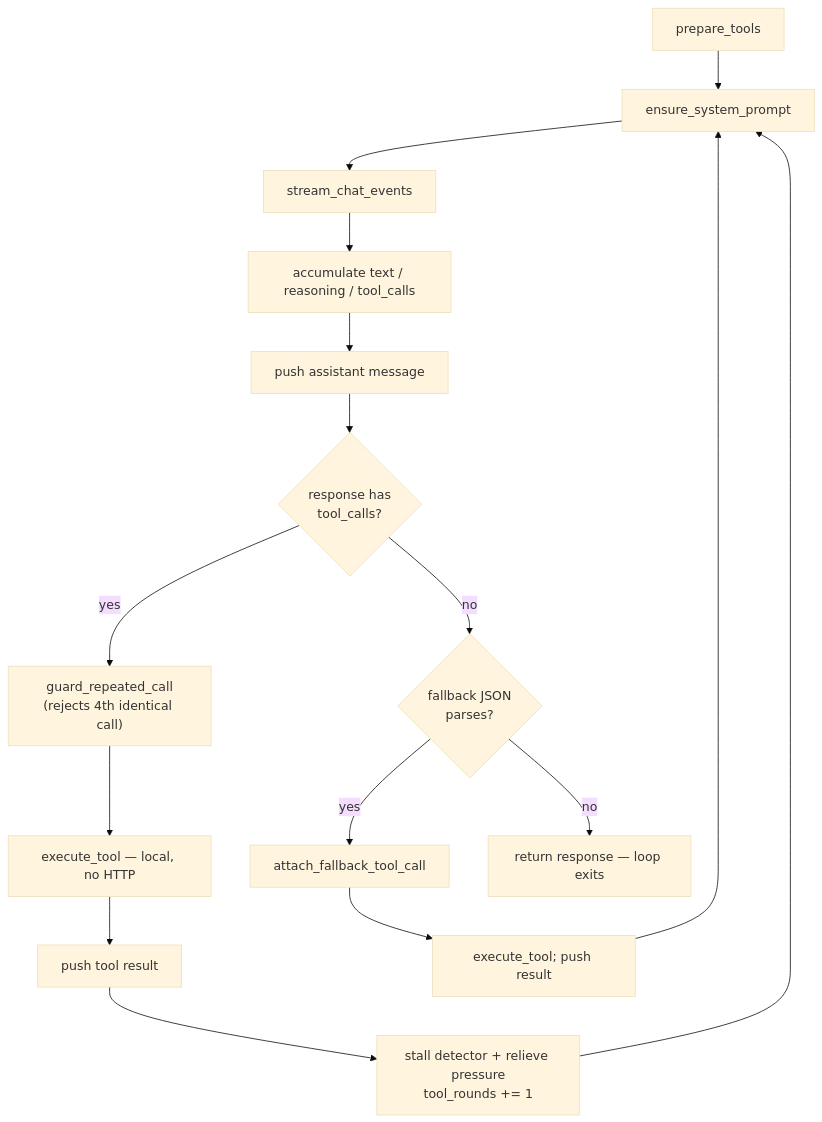
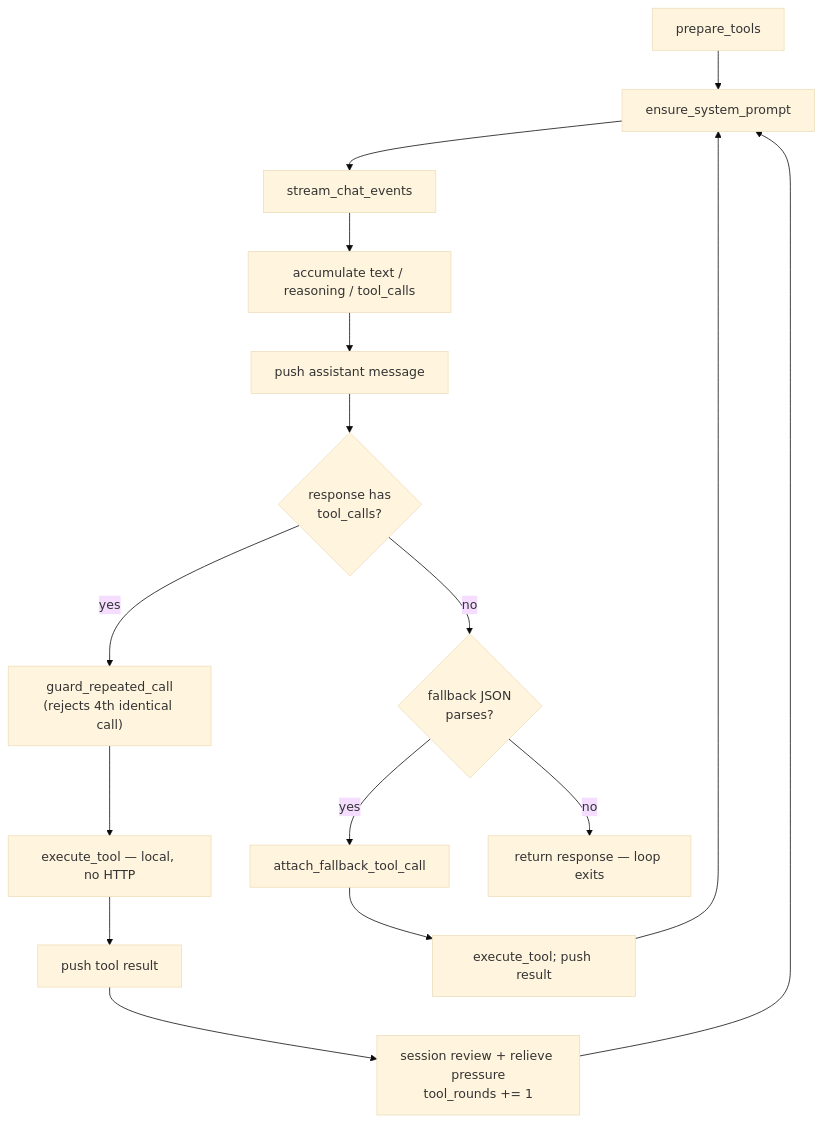
One commit to ming2k/neenee changed the diagram in docs/explanation/request-flow.md. Above: the diagram before and after it, drawn with Mermaid (base theme). The commit also changed other lines of this file and 27 other files, not shown here.

````diff
--- a/docs/explanation/request-flow.md
+++ b/docs/explanation/request-flow.md
@@ -140,18 +140,18 @@
 ```mermaid
 flowchart TD
     A["prepare_tools"] --> C["ensure_system_prompt"]
     C --> D["stream_chat_events"]
     D --> E["accumulate text / reasoning / tool_calls"]
     E --> F["push assistant message"]
     F --> G{"response has<br/>tool_calls?"}
     G -- yes --> H["guard_repeated_call<br/>(rejects 4th identical call)"]
     H --> I["execute_tool — local, no HTTP"]
     I --> J["push tool result"]
-    J --> K["stall detector + relieve pressure<br/>tool_rounds += 1"]
+    J --> K["session review + relieve pressure<br/>tool_rounds += 1"]
     K --> C
     G -- no --> L{"fallback JSON<br/>parses?"}
     L -- yes --> M["attach_fallback_tool_call"]
     M --> N["execute_tool; push result"]
     N --> C
     L -- no --> O["return response — loop exits"]
 ```
````
